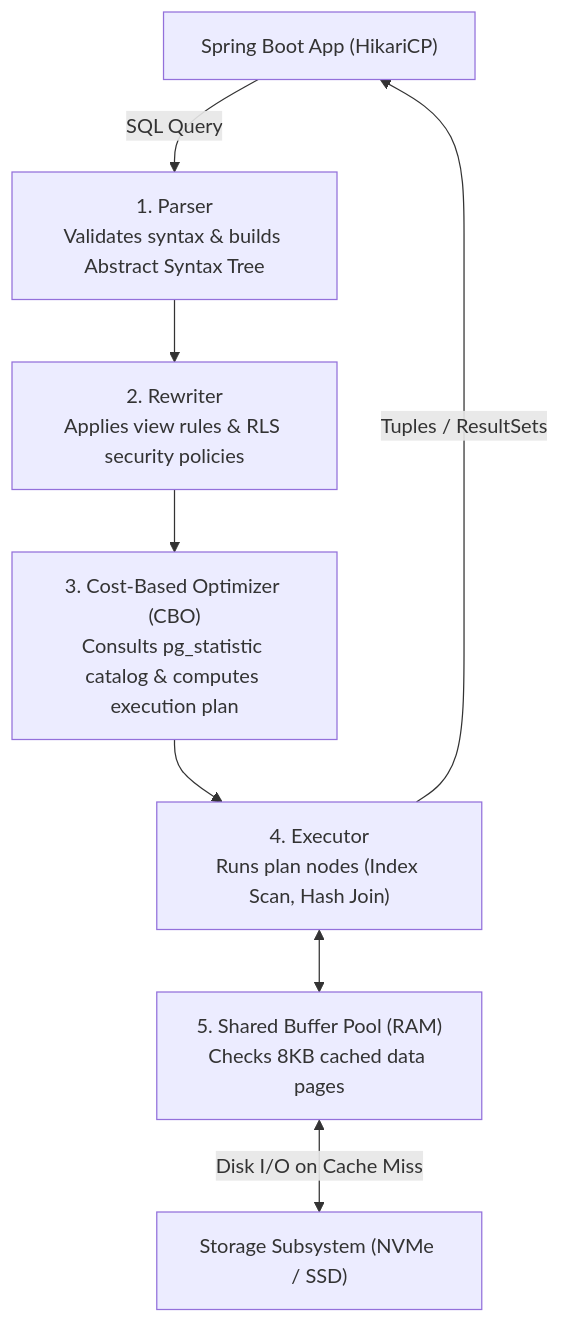
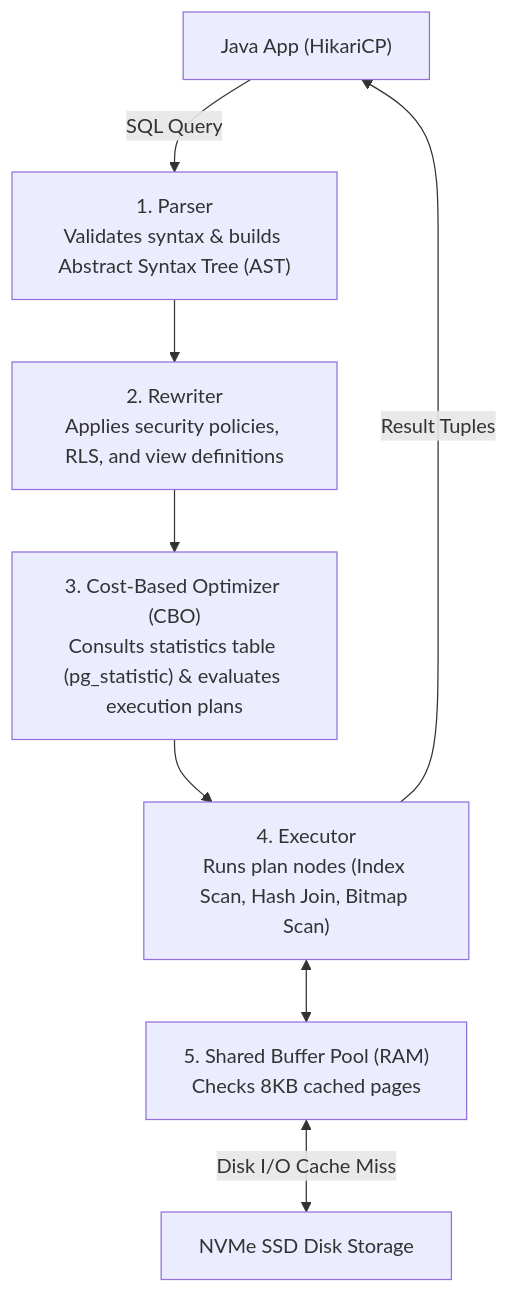
The third of 4 diagrams in docs/database/database-performance-mastery.mdx (weaponxwolf/backend-engineering-mastry), drawn with Mermaid before and after one commit. The commit also changed other lines of this file and 14 other files, not shown here.

Commit message:
docs: refactor and expand JPA and Hibernate architecture guide with physical memory and performance insights

````diff
--- a/docs/database/database-performance-mastery.mdx
+++ b/docs/database/database-performance-mastery.mdx
@@ -24,10 +108,10 @@
 ```mermaid
 flowchart TD
-    App["Spring Boot App (HikariCP)"] -->|SQL Query| Parser["1. Parser\nValidates syntax & builds Abstract Syntax Tree"]
-    Parser --> Rewriter["2. Rewriter\nApplies view rules & RLS security policies"]
-    Rewriter --> Planner["3. Cost-Based Optimizer (CBO)\nConsults pg_statistic catalog & computes execution plan"]
-    Planner --> Executor["4. Executor\nRuns plan nodes (Index Scan, Hash Join)"]
-    Executor <--> Buffer["5. Shared Buffer Pool (RAM)\nChecks 8KB cached data pages"]
-    Buffer <-->|Disk I/O on Cache Miss| Disk["Storage Subsystem (NVMe / SSD)"]
-    Executor -->|Tuples / ResultSets| App
+    App["Java App (HikariCP)"] -->|SQL Query| Parser["1. Parser<br/>Validates syntax & builds Abstract Syntax Tree (AST)"]
+    Parser --> Rewriter["2. Rewriter<br/>Applies security policies, RLS, and view definitions"]
+    Rewriter --> Planner["3. Cost-Based Optimizer (CBO)<br/>Consults statistics table (pg_statistic) & evaluates execution plans"]
+    Planner --> Executor["4. Executor<br/>Runs plan nodes (Index Scan, Hash Join, Bitmap Scan)"]
+    Executor <--> Buffer["5. Shared Buffer Pool (RAM)<br/>Checks 8KB cached pages"]
+    Buffer <-->|Disk I/O Cache Miss| Disk["NVMe SSD Disk Storage"]
+    Executor -->|Result Tuples| App
 ```
````
